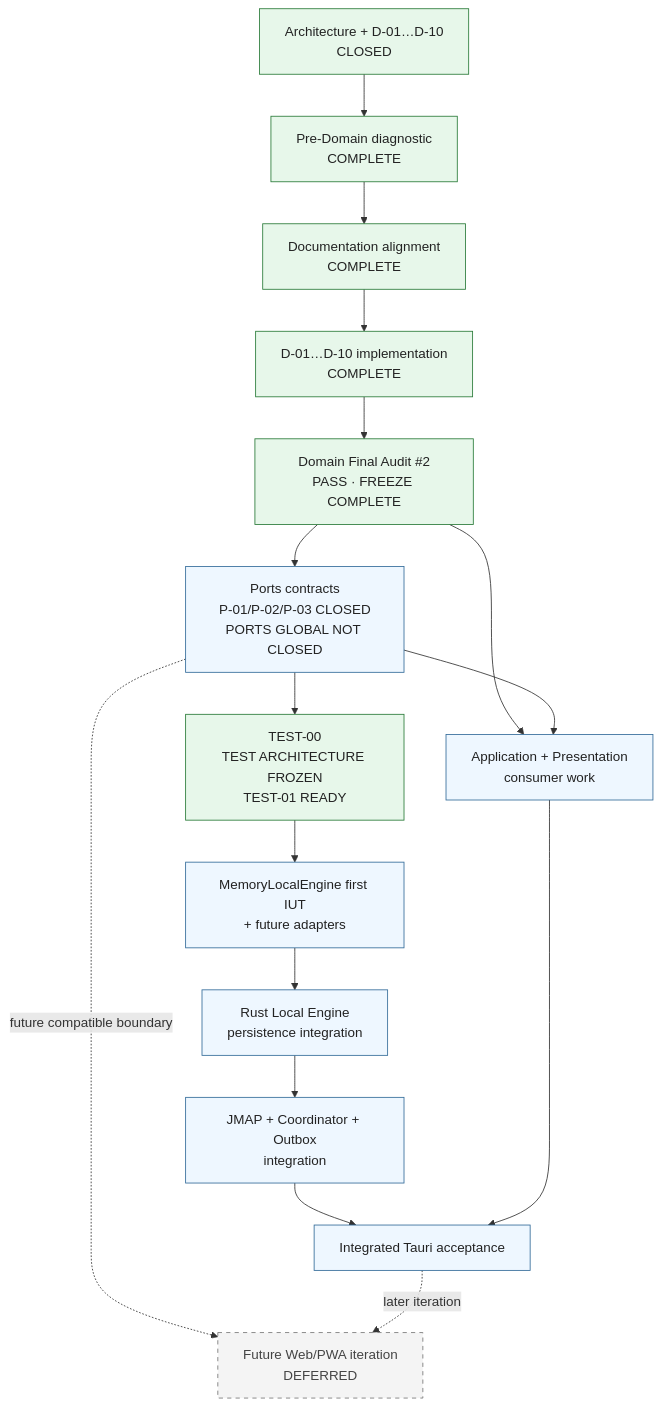
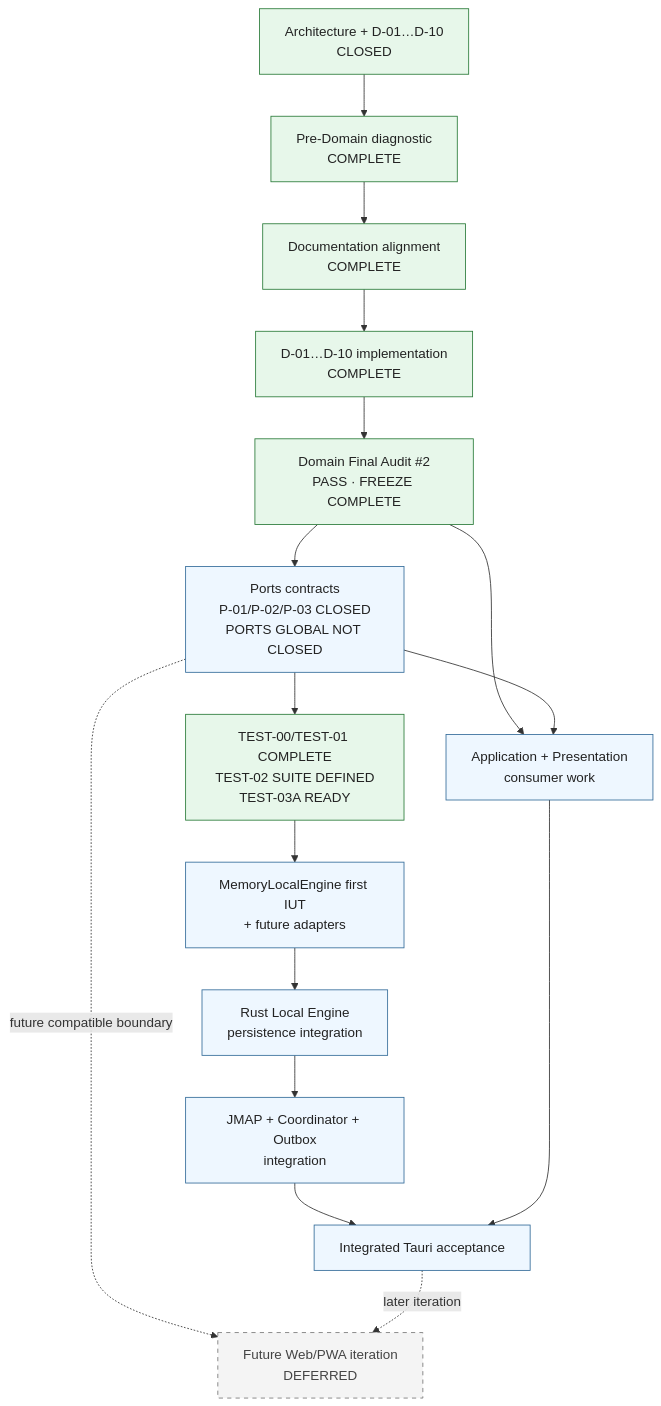
One commit to sebastiandperez/Correo-Boxplot changed the diagram in docs/planning/roadmap.md. Above: the diagram before and after it, drawn with Mermaid. The commit also changed other lines of this file and 4 other files, not shown here.

````diff
--- a/docs/planning/roadmap.md
+++ b/docs/planning/roadmap.md
@@ -53,30 +53,30 @@
 ```mermaid
 flowchart TD
     Decisions["Architecture + D-01…D-10<br/>CLOSED"]
     Diagnostic["Pre-Domain diagnostic<br/>COMPLETE"]
     Docs["Documentation alignment<br/>COMPLETE"]
     Domain["D-01…D-10 implementation<br/>COMPLETE"]
     DomainGate["Domain Final Audit #2<br/>PASS · FREEZE COMPLETE"]
     Ports["Ports contracts<br/>P-01/P-02/P-03 CLOSED<br/>PORTS GLOBAL NOT CLOSED"]
-    TestSpec["TEST-00<br/>TEST ARCHITECTURE FROZEN<br/>TEST-01 READY"]
+    TestSpec["TEST-00/TEST-01 COMPLETE<br/>TEST-02 SUITE DEFINED<br/>TEST-03A READY"]
     Adapters["MemoryLocalEngine first IUT<br/>+ future adapters"]
     Engine["Rust Local Engine<br/>persistence integration"]
     Remote["JMAP + Coordinator + Outbox<br/>integration"]
     App["Application + Presentation<br/>consumer work"]
     Acceptance["Integrated Tauri acceptance"]
     FutureWeb["Future Web/PWA iteration<br/>DEFERRED"]
 
     Decisions --> Diagnostic --> Docs --> Domain --> DomainGate --> Ports --> TestSpec --> Adapters --> Engine --> Remote --> Acceptance
     DomainGate --> App
     Ports --> App
     App --> Acceptance
     Ports -.->|"future compatible boundary"| FutureWeb
     Acceptance -.->|"later iteration"| FutureWeb
 
     classDef closed fill:#e7f7ea,stroke:#297a38,color:#222;
     classDef active fill:#eef7ff,stroke:#336b99,color:#222;
     classDef deferred fill:#f4f4f4,stroke:#777,stroke-dasharray:5 5,color:#444;
     class Decisions,Diagnostic,Docs,Domain,DomainGate,TestSpec closed;
     class Ports,Adapters,Engine,Remote,App,Acceptance active;
     class FutureWeb deferred;
 ```
````
